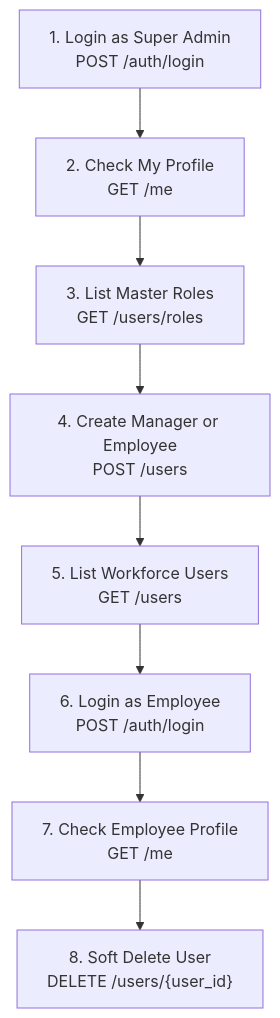
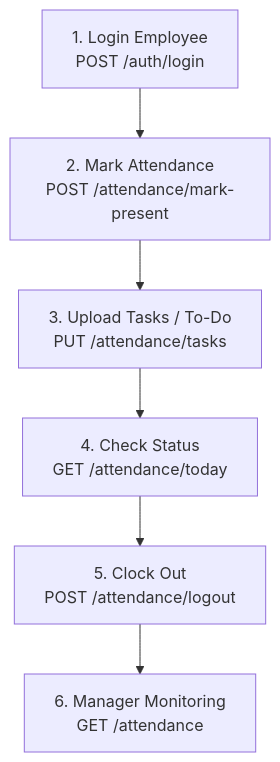
The diagram in API_DOCUMENTATION.md (shakhaminc/GJSpaces-BE), drawn with Mermaid before and after one commit. The commit also changed other lines of this file and 10 other files, not shown here.

````diff
--- a/API_DOCUMENTATION.md
+++ b/API_DOCUMENTATION.md
@@ -410,10 +670,8 @@
 ```mermaid
 flowchart TD
-    A["1. Login as Super Admin<br/>POST /auth/login"] --> B["2. Check My Profile<br/>GET /me"]
-    B --> C["3. List Master Roles<br/>GET /users/roles"]
-    C --> D["4. Create Manager or Employee<br/>POST /users"]
-    D --> E["5. List Workforce Users<br/>GET /users"]
-    E --> F["6. Login as Employee<br/>POST /auth/login"]
-    F --> G["7. Check Employee Profile<br/>GET /me"]
-    G --> H["8. Soft Delete User<br/>DELETE /users/{user_id}"]
+    A["1. Login Employee<br/>POST /auth/login"] --> B["2. Mark Attendance<br/>POST /attendance/mark-present"]
+    B --> C["3. Upload Tasks / To-Do<br/>PUT /attendance/tasks"]
+    C --> D["4. Check Status<br/>GET /attendance/today"]
+    D --> E["5. Clock Out<br/>POST /attendance/logout"]
+    E --> F["6. Manager Monitoring<br/>GET /attendance"]
 ```
````
